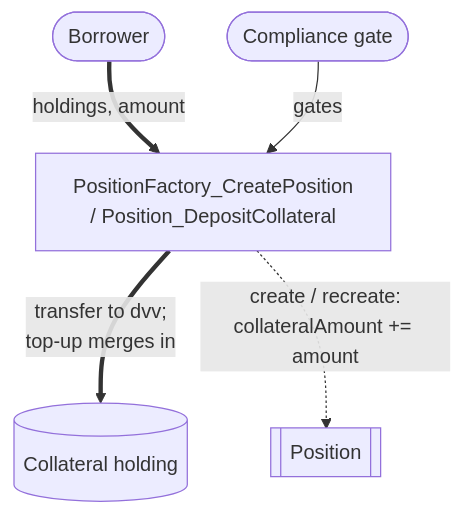
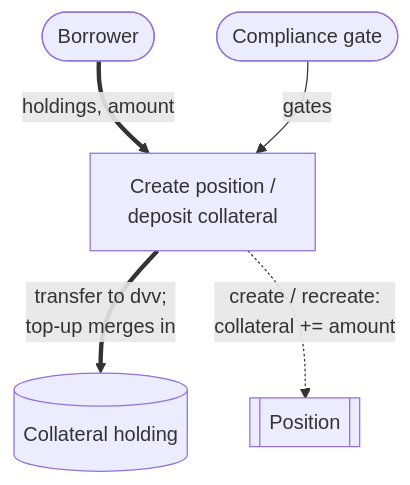
Before and after one commit to OpenZeppelin/canton-specs: the second of 7 diagrams in docs/reference-architectures/lending.md, drawn with Mermaid. The commit also changed other lines of this file, not shown here.

````diff
--- a/docs/reference-architectures/lending.md
+++ b/docs/reference-architectures/lending.md
@@ -265,13 +265,13 @@
 ```mermaid
 flowchart TD
     Borrower([Borrower])
     Compliance(["Compliance gate"])
-    Choice["PositionFactory_CreatePosition<br/>/ Position_DepositCollateral"]
+    Choice["Create position /<br/>deposit collateral"]
     Position[["Position"]]
     Collateral[("Collateral holding")]
 
     Borrower ==>|"holdings, amount"| Choice
     Compliance -->|"gates"| Choice
     Choice ==>|"transfer to dvv;<br/>top-up merges in"| Collateral
-    Choice -.->|"create / recreate:<br/>collateralAmount += amount"| Position
+    Choice -.->|"create / recreate:<br/>collateral += amount"| Position
 ```
````
